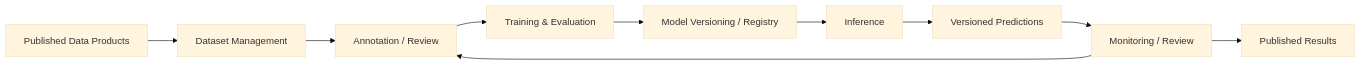
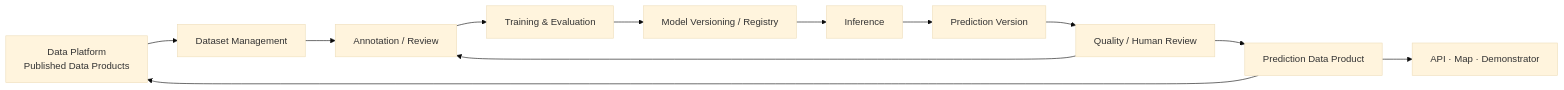
The diagram in docs/l1-ai-model-platform.md (Thomas-Malchers/urban_ai_lab), drawn with Mermaid (base theme) before and after one commit. The commit also changed other lines of this file and 12 other files, not shown here.

````diff
--- a/docs/l1-ai-model-platform.md
+++ b/docs/l1-ai-model-platform.md
@@ -5,9 +5,11 @@
 ```mermaid
 flowchart LR
-    D["Published Data Products"] --> DS["Dataset Management"]
+    D["Data Platform<br/>Published Data Products"] --> DS["Dataset Management"]
     DS --> AN["Annotation / Review"] --> TR["Training & Evaluation"]
     TR --> MR["Model Versioning / Registry"] --> IN["Inference"]
-    IN --> PR["Versioned Predictions"] --> MO["Monitoring / Review"]
-    MO --> PUB["Published Results"]
-    MO --> AN
+    IN --> PR["Prediction Version"] --> QR["Quality / Human Review"]
+    QR --> PDP["Prediction Data Product"]
+    PDP --> D
+    PDP --> APP["API · Map · Demonstrator"]
+    QR --> AN
 ```
````
